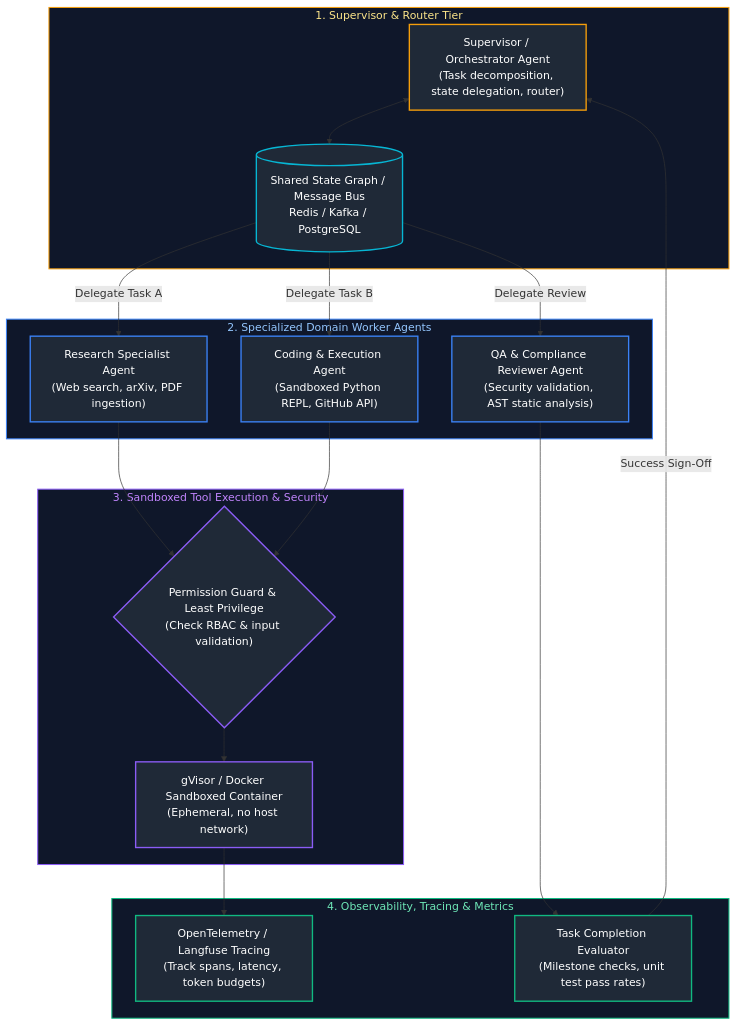
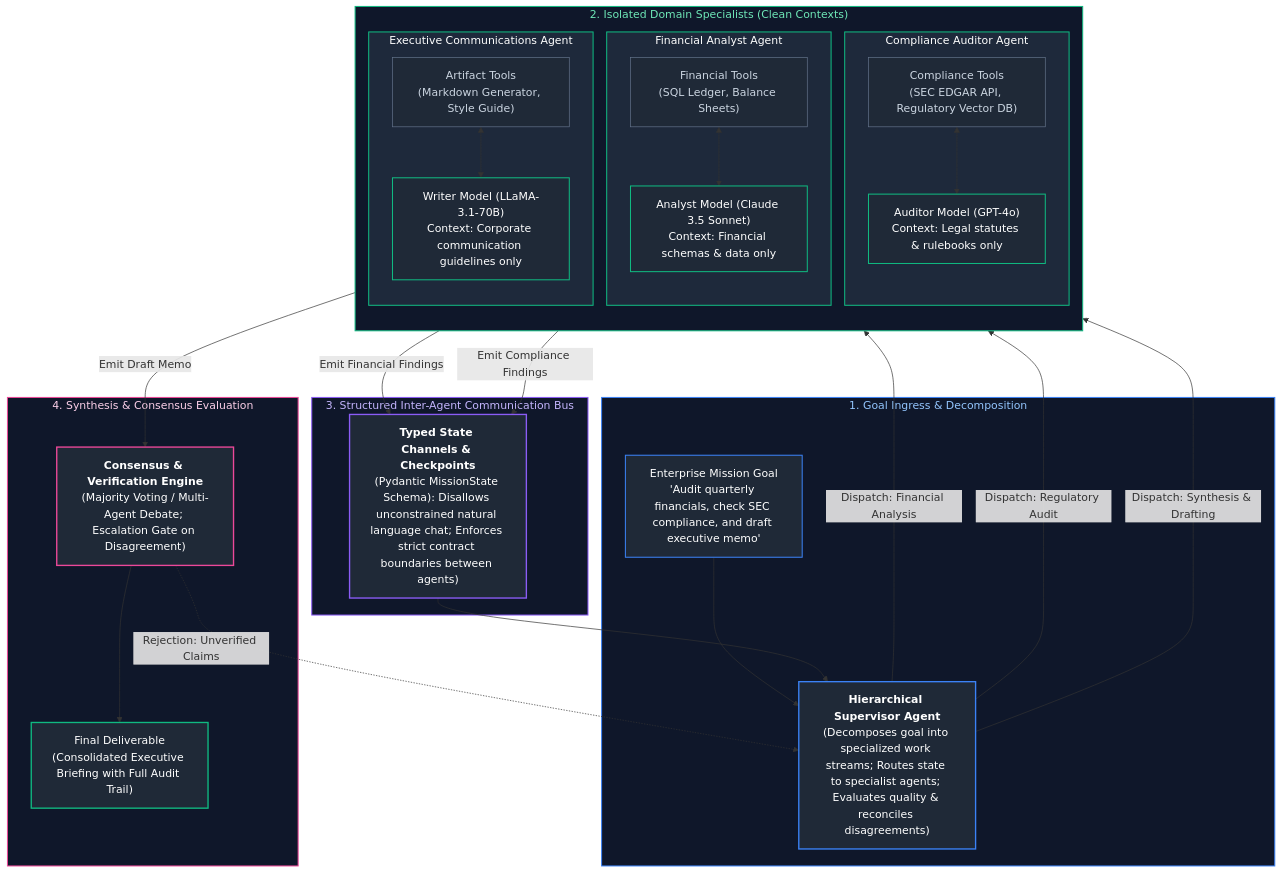
Before and after one commit to joydeep-biswas/Interview-Preparation: the first of 13 diagrams in AI Engineering/08_multi_agent_systems_and_collaboration.md, drawn with Mermaid. The commit also changed other lines of this file and 143 other files, not shown here.

````diff
--- a/AI Engineering/08_multi_agent_systems_and_collaboration.md
+++ b/AI Engineering/08_multi_agent_systems_and_collaboration.md
@@ -9,48 +11,66 @@
 ```mermaid
 flowchart TD
-    subgraph SupervisorOrchestrator ["1. Supervisor & Router Tier"]
-        SupervisorNode["Supervisor / Orchestrator Agent<br/>(Task decomposition, state delegation, router)"]
-        StateBus[(Shared State Graph / Message Bus<br/>Redis / Kafka / PostgreSQL)]
-        SupervisorNode <--> StateBus
+    subgraph ClientAndGoal ["1. Goal Ingress & Decomposition"]
+        UserGoal["Enterprise Mission Goal<br/>'Audit quarterly financials, check SEC compliance, and draft executive memo'"]
+        Supervisor["<b>Hierarchical Supervisor Agent</b><br/>(Decomposes goal into specialized work streams; Routes state to specialist agents; Evaluates quality & reconciles disagreements)"]
+        UserGoal --> Supervisor
     end
 
-    subgraph SpecializedAgentTier ["2. Specialized Domain Worker Agents"]
-        ResearchAgent["Research Specialist Agent<br/>(Web search, arXiv, PDF ingestion)"]
-        CodingAgent["Coding & Execution Agent<br/>(Sandboxed Python REPL, GitHub API)"]
-        ReviewerAgent["QA & Compliance Reviewer Agent<br/>(Security validation, AST static analysis)"]
-        StateBus -->|"Delegate Task A"| ResearchAgent
-        StateBus -->|"Delegate Task B"| CodingAgent
-        StateBus -->|"Delegate Review"| ReviewerAgent
+    subgraph SpecialistWorkers ["2. Isolated Domain Specialists (Clean Contexts)"]
+        direction TB
+        subgraph WorkerA ["Financial Analyst Agent"]
+            ToolFin["Financial Tools<br/>(SQL Ledger, Balance Sheets)"]
+            AgentFin["Analyst Model (Claude 3.5 Sonnet)<br/>Context: Financial schemas & data only"]
+            ToolFin <--> AgentFin
+        end
+        subgraph WorkerB ["Compliance Auditor Agent"]
+            ToolComp["Compliance Tools<br/>(SEC EDGAR API, Regulatory Vector DB)"]
+            AgentComp["Auditor Model (GPT-4o)<br/>Context: Legal statutes & rulebooks only"]
+            ToolComp <--> AgentComp
+        end
+        subgraph WorkerC ["Executive Communications Agent"]
+            ToolDoc["Artifact Tools<br/>(Markdown Generator, Style Guide)"]
+            AgentDoc["Writer Model (LLaMA-3.1-70B)<br/>Context: Corporate communication guidelines only"]
+            ToolDoc <--> AgentDoc
+        end
     end
 
-    subgraph ToolPermissionGate ["3. Sandboxed Tool Execution & Security"]
-        ToolGate{"Permission Guard & Least Privilege<br/>(Check RBAC & input validation)"}
-        Sandbox["gVisor / Docker Sandboxed Container<br/>(Ephemeral, no host network)"]
-        ResearchAgent --> ToolGate
-        CodingAgent --> ToolGate
-        ToolGate --> Sandbox
+    subgraph StateChannelHandoff ["3. Structured Inter-Agent Communication Bus"]
+        HandoffBus["<b>Typed State Channels & Checkpoints</b><br/>(Pydantic MissionState Schema): Disallows unconstrained natural language chat; Enforces strict contract boundaries between agents)"]
     end
 
-    subgraph ObservabilityAndEval ["4. Observability, Tracing & Metrics"]
-        Tracing["OpenTelemetry / Langfuse Tracing<br/>(Track spans, latency, token budgets)"]
-        EvalEngine["Task Completion Evaluator<br/>(Milestone checks, unit test pass rates)"]
-        Sandbox --> Tracing
-        ReviewerAgent --> EvalEngine
+    subgraph ConsensusAndSynthesis ["4. Synthesis & Consensus Evaluation"]
+        ConsensusEngine["<b>Consensus & Verification Engine</b><br/>(Majority Voting / Multi-Agent Debate; Escalation Gate on Disagreement)"]
+        FinalArtifact["Final Deliverable<br/>(Consolidated Executive Briefing with Full Audit Trail)"]
+        
+        ConsensusEngine --> FinalArtifact
     end
 
-    EvalEngine -->|"Success Sign-Off"| SupervisorNode
+    Supervisor -->|"Dispatch: Financial Analysis"| AgentFin
+    Supervisor -->|"Dispatch: Regulatory Audit"| AgentComp
+    AgentFin -->|"Emit Financial Findings"| HandoffBus
+    AgentComp -->|"Emit Compliance Findings"| HandoffBus
+    HandoffBus --> Supervisor
+    Supervisor -->|"Dispatch: Synthesis & Drafting"| AgentDoc
+    AgentDoc -->|"Emit Draft Memo"| ConsensusEngine
+    ConsensusEngine -.->|"Rejection: Unverified Claims"| Supervisor
 
-    style SupervisorOrchestrator fill:#0f172a,stroke:#f59e0b,stroke-width:1.5px,color:#fde68a
-    style SpecializedAgentTier fill:#0f172a,stroke:#3b82f6,stroke-width:1.5px,color:#93c5fd
-    style ToolPermissionGate fill:#0f172a,stroke:#8b5cf6,stroke-width:1.5px,color:#c084fc
-    style ObservabilityAndEval fill:#0f172a,stroke:#10b981,stroke-width:1.5px,color:#6ee7b7
-    style SupervisorNode fill:#1f2937,stroke:#f59e0b,stroke-width:2px,color:#fff
-    style StateBus fill:#1f2937,stroke:#06b6d4,stroke-width:2px,color:#fff
-    style ResearchAgent fill:#1f2937,stroke:#3b82f6,stroke-width:2px,color:#fff
-    style CodingAgent fill:#1f2937,stroke:#3b82f6,stroke-width:2px,color:#fff
-    style ReviewerAgent fill:#1f2937,stroke:#3b82f6,stroke-width:2px,color:#fff
-    style ToolGate fill:#1f2937,stroke:#8b5cf6,stroke-width:2px,color:#fff
-    style Sandbox fill:#1f2937,stroke:#8b5cf6,stroke-width:2px,color:#fff
-    style Tracing fill:#1f2937,stroke:#10b981,stroke-width:2px,color:#fff
-    style EvalEngine fill:#1f2937,stroke:#10b981,stroke-width:2px,color:#fff
+    style ClientAndGoal fill:#0f172a,stroke:#3b82f6,stroke-width:1.5px,color:#93c5fd
+    style SpecialistWorkers fill:#0f172a,stroke:#10b981,stroke-width:1.5px,color:#6ee7b7
+    style StateChannelHandoff fill:#0f172a,stroke:#8b5cf6,stroke-width:1.5px,color:#c4b5fd
+    style ConsensusAndSynthesis fill:#0f172a,stroke:#ec4899,stroke-width:1.5px,color:#fbcfe8
+    style UserGoal fill:#1f2937,stroke:#3b82f6,stroke-width:1.5px,color:#fff
+    style Supervisor fill:#1f2937,stroke:#3b82f6,stroke-width:2px,color:#fff
+    style WorkerA fill:#1e293b,stroke:#10b981,stroke-width:1.5px,color:#fff
+    style WorkerB fill:#1e293b,stroke:#10b981,stroke-width:1.5px,color:#fff
+    style WorkerC fill:#1e293b,stroke:#10b981,stroke-width:1.5px,color:#fff
+    style AgentFin fill:#1f2937,stroke:#10b981,stroke-width:1.5px,color:#fff
+    style AgentComp fill:#1f2937,stroke:#10b981,stroke-width:1.5px,color:#fff
+    style AgentDoc fill:#1f2937,stroke:#10b981,stroke-width:1.5px,color:#fff
+    style ToolFin fill:#1f2937,stroke:#64748b,stroke-width:1px,color:#cbd5e1
+    style ToolComp fill:#1f2937,stroke:#64748b,stroke-width:1px,color:#cbd5e1
+    style ToolDoc fill:#1f2937,stroke:#64748b,stroke-width:1px,color:#cbd5e1
+    style HandoffBus fill:#1f2937,stroke:#8b5cf6,stroke-width:2px,color:#fff
+    style ConsensusEngine fill:#1f2937,stroke:#ec4899,stroke-width:2px,color:#fff
+    style FinalArtifact fill:#1f2937,stroke:#10b981,stroke-width:2px,color:#fff
 ```
````
